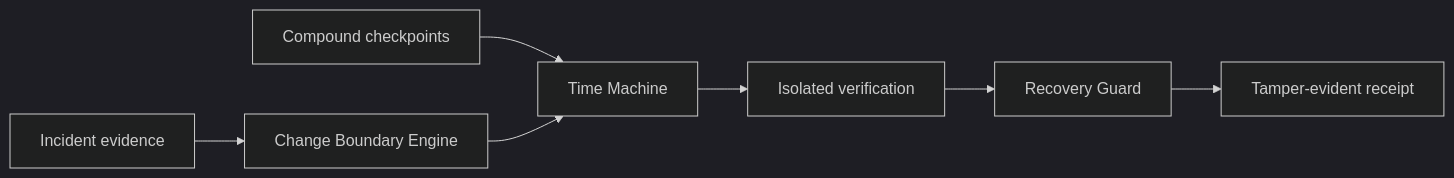
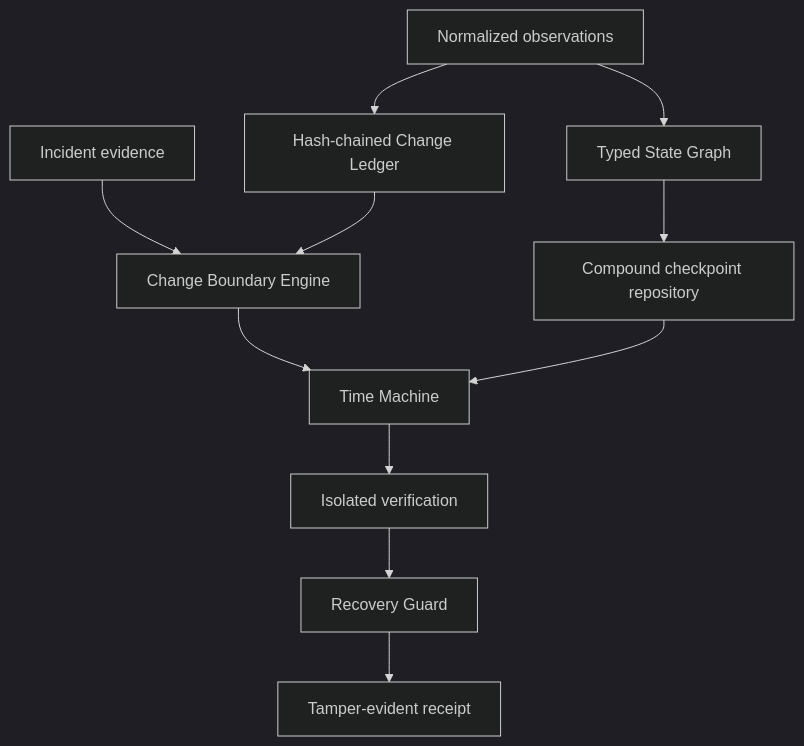
The first of 2 diagrams in README.md (theworker02/reprise), drawn with Mermaid (dark theme) before and after one commit. The commit also changed other lines of this file and 18 other files, not shown here.

````diff
--- a/README.md
+++ b/README.md
@@ -43,9 +97,13 @@
 ```mermaid
-flowchart LR
-  I[Incident evidence] --> B[Change Boundary Engine]
-  C[Compound checkpoints] --> T[Time Machine]
-  B --> T
+flowchart TD
+  F[Incident evidence] --> B[Change Boundary Engine]
+  O[Normalized observations] --> L[Hash-chained Change Ledger]
+  O --> G[Typed State Graph]
+  L --> B
+  G --> C[Compound checkpoint repository]
+  B --> T[Time Machine]
+  C --> T
   T --> V[Isolated verification]
-  V --> G[Recovery Guard]
-  G --> R[Tamper-evident receipt]
+  V --> RG[Recovery Guard]
+  RG --> R[Tamper-evident receipt]
 ```
````
